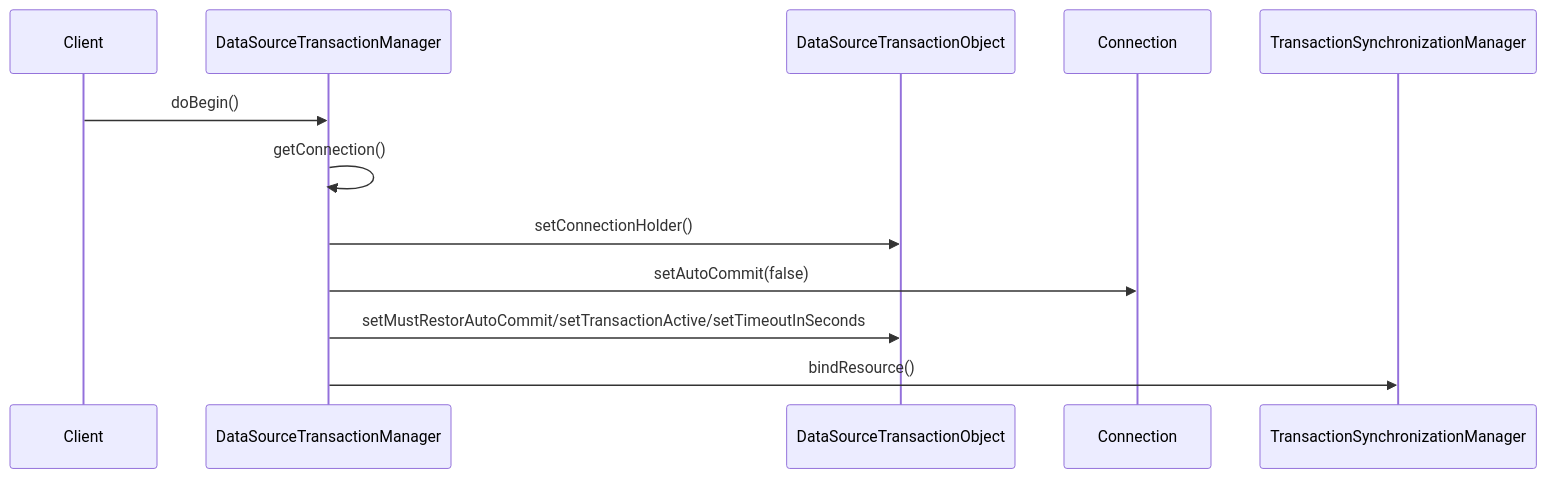
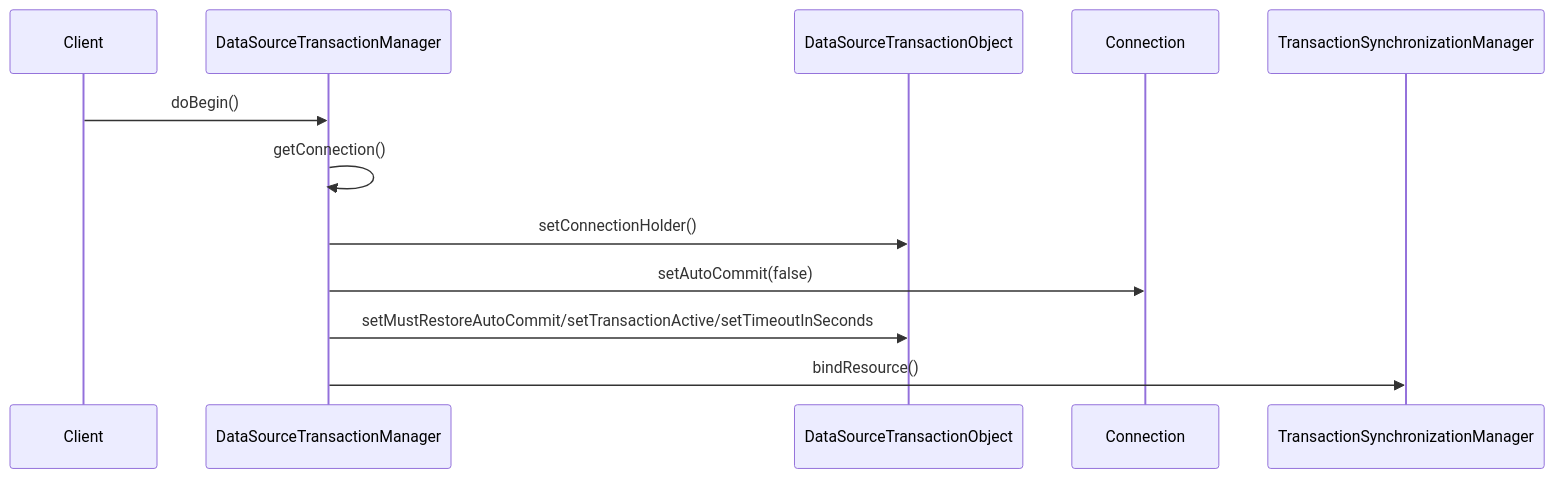
The fourth of 5 diagrams in docs/note/spring技术内幕/6-Spring事务处理的实现.md (295558096/295558096.github.io), drawn with Mermaid before and after one commit. The commit also changed other lines of this file, not shown here.

````diff
--- a/docs/note/spring技术内幕/6-Spring事务处理的实现.md
+++ b/docs/note/spring技术内幕/6-Spring事务处理的实现.md
@@ -1132,18 +1133,18 @@
 ```mermaid
 sequenceDiagram
 
 participant cl as Client
 participant dstm as DataSourceTransactionManager
 participant dsto as DataSourceTransactionObject
 participant c as Connection
 participant tsm as TransactionSynchronizationManager
 
 cl ->> dstm: doBegin()
 dstm ->> dstm: getConnection()
 dstm ->> dsto: setConnectionHolder()
 dstm ->> c: setAutoCommit(false)
-dstm ->> dsto: setMustRestorAutoCommit/setTransactionActive/setTimeoutInSeconds
+dstm ->> dsto: setMustRestoreAutoCommit/setTransactionActive/setTimeoutInSeconds
 dstm ->> tsm: bindResource()
 
 
 ```
````
